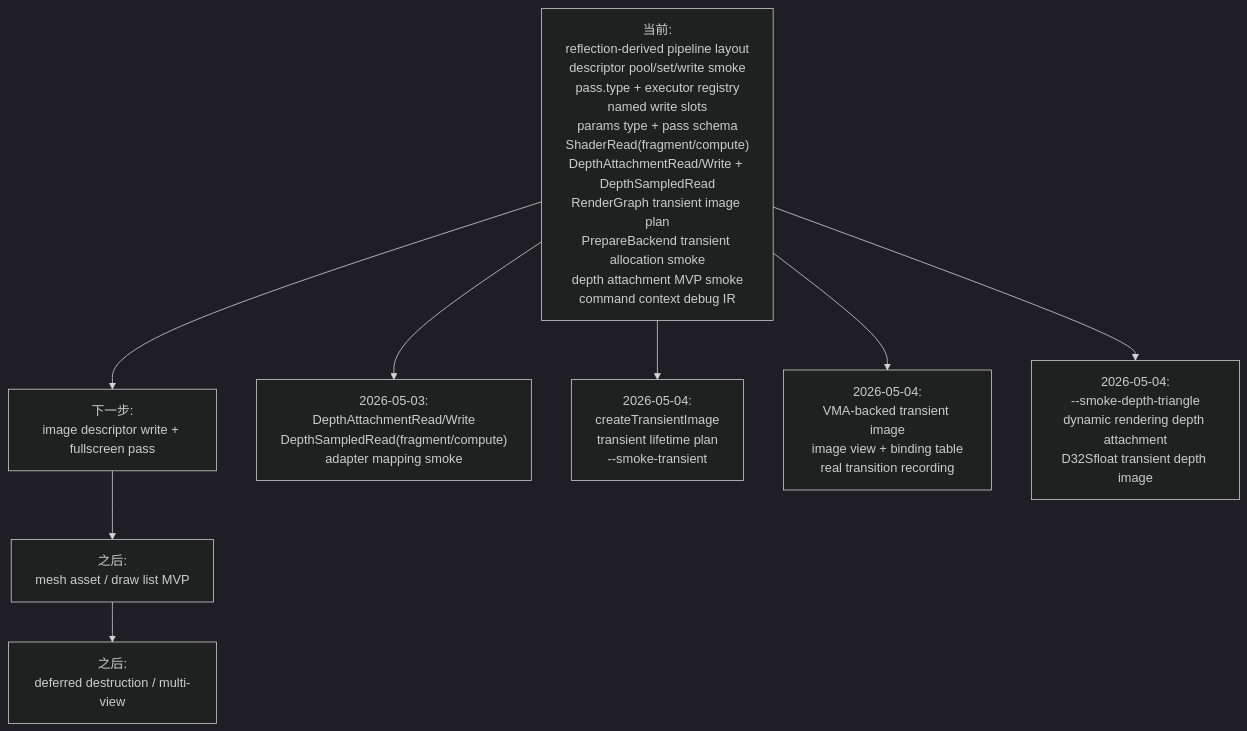
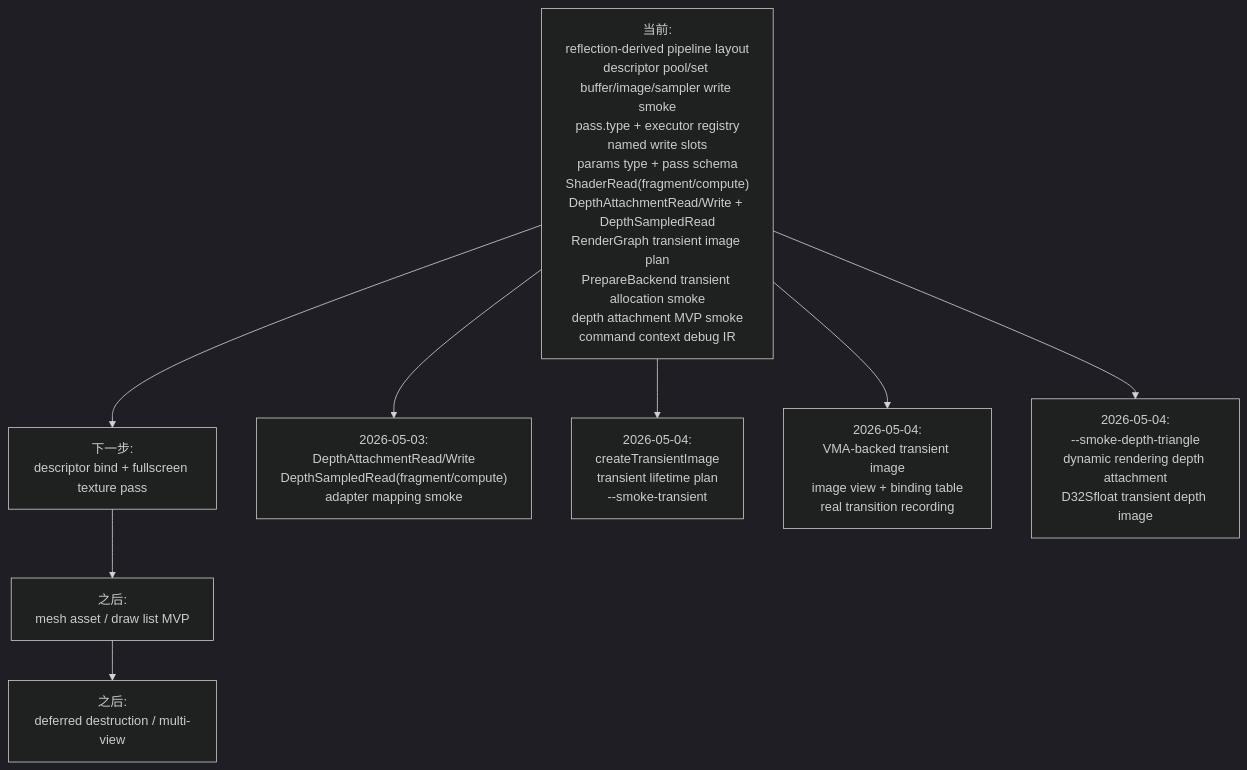
Before and after one commit to 66six11/Engine: diagram 11 of 11 in docs/flow-architecture.md, drawn with Mermaid (dark theme). The commit also changed other lines of this file and 8 other files, not shown here.

Commit message:
feat: add sampled image descriptor smoke

````diff
--- a/docs/flow-architecture.md
+++ b/docs/flow-architecture.md
@@ -380,18 +382,18 @@
 ```mermaid
 flowchart TD
-    Now["当前:<br/>reflection-derived pipeline layout<br/>descriptor pool/set/write smoke<br/>pass.type + executor registry<br/>named write slots<br/>params type + pass schema<br/>ShaderRead(fragment/compute)<br/>DepthAttachmentRead/Write + DepthSampledRead<br/>RenderGraph transient image plan<br/>PrepareBackend transient allocation smoke<br/>depth attachment MVP smoke<br/>command context debug IR"]
-    Step1["下一步:<br/>image descriptor write + fullscreen pass"]
+    Now["当前:<br/>reflection-derived pipeline layout<br/>descriptor pool/set buffer/image/sampler write smoke<br/>pass.type + executor registry<br/>named write slots<br/>params type + pass schema<br/>ShaderRead(fragment/compute)<br/>DepthAttachmentRead/Write + DepthSampledRead<br/>RenderGraph transient image plan<br/>PrepareBackend transient allocation smoke<br/>depth attachment MVP smoke<br/>command context debug IR"]
+    Step1["下一步:<br/>descriptor bind + fullscreen texture pass"]
     Step2["之后:<br/>mesh asset / draw list MVP"]
     Step3["之后:<br/>deferred destruction / multi-view"]
 
     Now --> Step1 --> Step2 --> Step3
 
     DepthStateUpdate["2026-05-03:<br/>DepthAttachmentRead/Write<br/>DepthSampledRead(fragment/compute)<br/>adapter mapping smoke"]
     Now --> DepthStateUpdate
     TransientUpdate["2026-05-04:<br/>createTransientImage<br/>transient lifetime plan<br/>--smoke-transient"]
     Now --> TransientUpdate
     TransientVkUpdate["2026-05-04:<br/>VMA-backed transient image<br/>image view + binding table<br/>real transition recording"]
     Now --> TransientVkUpdate
     DepthTriangleUpdate["2026-05-04:<br/>--smoke-depth-triangle<br/>dynamic rendering depth attachment<br/>D32Sfloat transient depth image"]
     Now --> DepthTriangleUpdate
 ```
````
